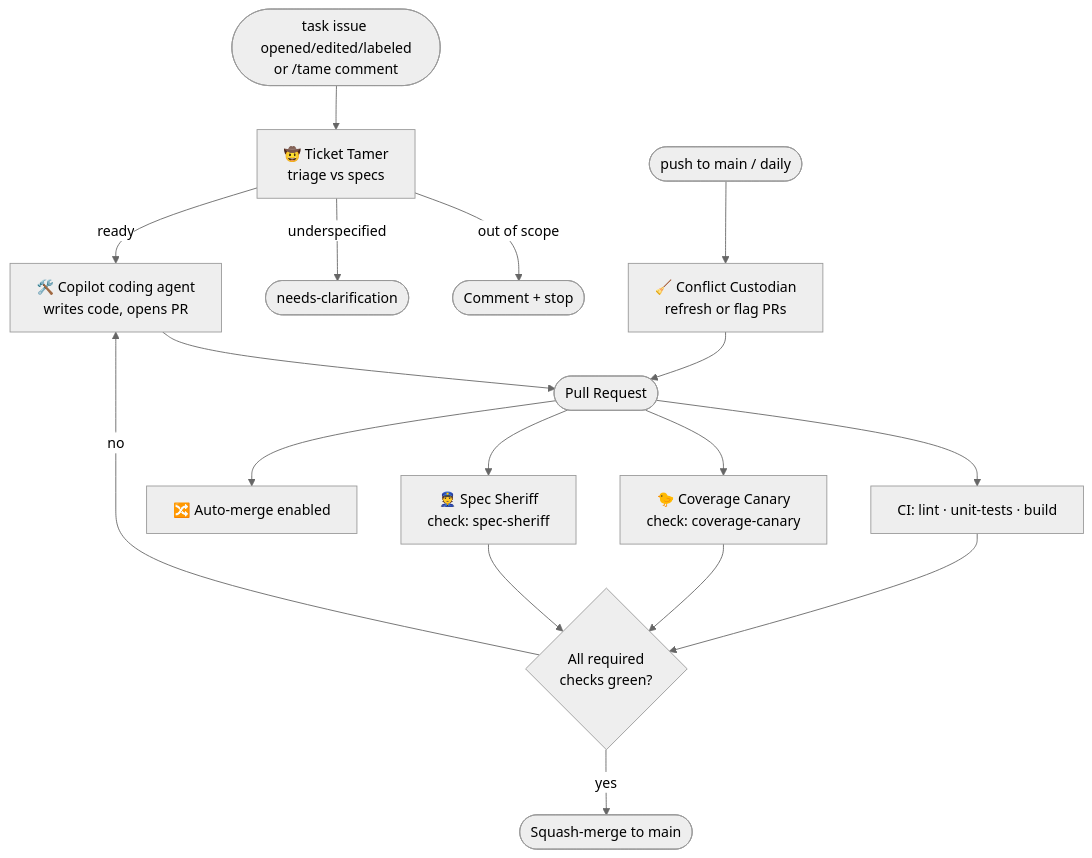
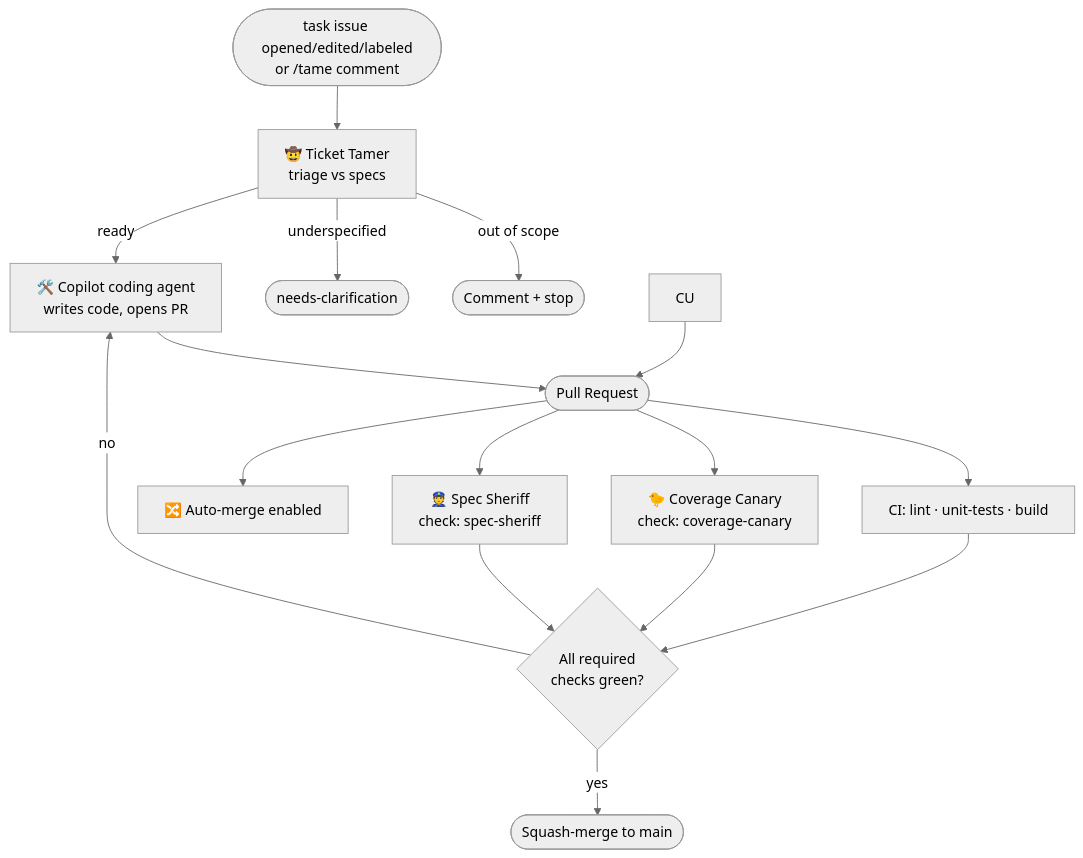
Before and after one commit to lfarci/loganfarci.com: the diagram in docs/agentic-workflows.md, drawn with Mermaid (neutral theme). The commit also changed other lines of this file and 4 other files, not shown here.

````diff
--- a/docs/agentic-workflows.md
+++ b/docs/agentic-workflows.md
@@ -24,19 +23,18 @@
 ```mermaid
 flowchart TD
     I([task issue opened/edited/labeled<br/>or /tame comment]) --> TT[🤠 Ticket Tamer<br/>triage vs specs]
     TT -- out of scope --> X([Comment + stop])
     TT -- underspecified --> NC([needs-clarification])
     TT -- ready --> COP[🛠️ Copilot coding agent<br/>writes code, opens PR]
     COP --> PR([Pull Request])
     PR --> CI[CI: lint · unit-tests · build]
     PR --> CC[🐤 Coverage Canary<br/>check: coverage-canary]
     PR --> SS[👮 Spec Sheriff<br/>check: spec-sheriff]
     PR --> AM[🔀 Auto-merge enabled]
-    MAIN([push to main / daily]) --> CU[🧹 Conflict Custodian<br/>refresh or flag PRs]
     CU --> PR
     CI --> G{All required<br/>checks green?}
     CC --> G
     SS --> G
     G -- yes --> M([Squash-merge to main])
     G -- no --> COP
 ```
````
